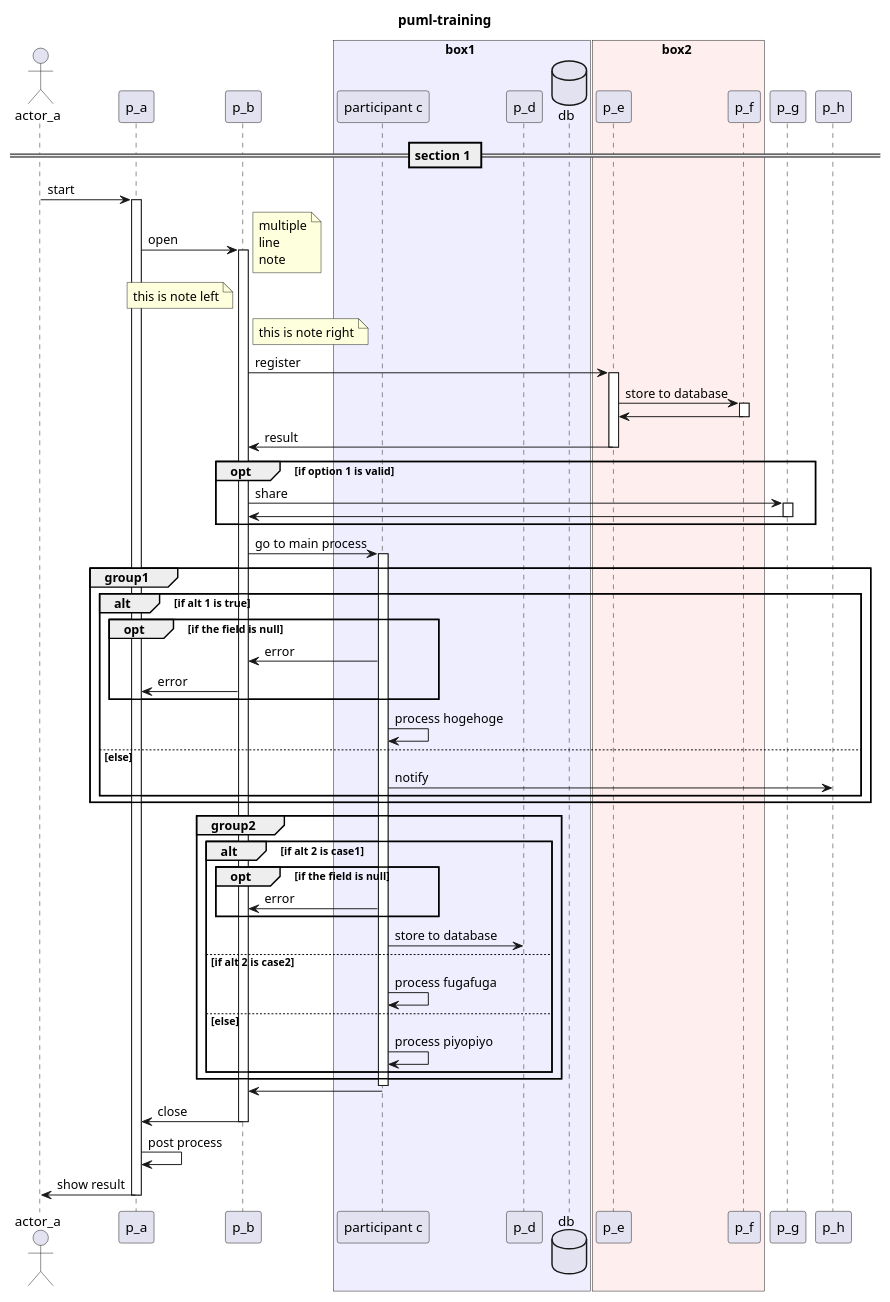
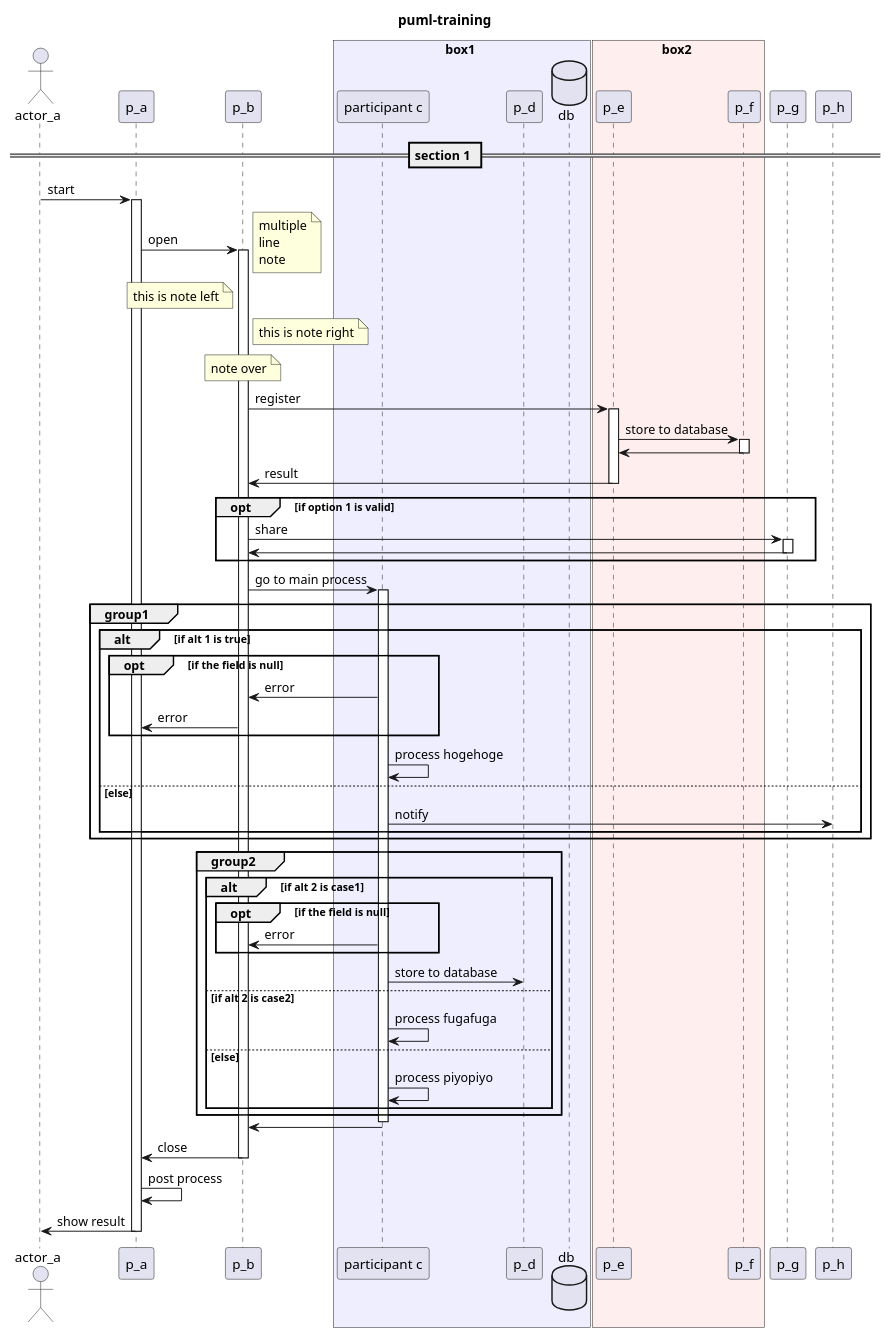
Before and after one commit to yokrh/puml-training: the diagram in sample.puml, drawn with PlantUML.

```diff
--- a/sample.puml
+++ b/sample.puml
@@ -1,85 +1,86 @@
 @startuml uml1
 
 title puml-training
 
 actor actor_a
 participant p_a
 participant p_b
 box box1 #eeeeff
 participant "participant c" as p_c
 participant p_d
 database "db" as db
 endbox
 box box2 #ffeeee
 participant p_e
 participant p_f
 endbox
 participant p_g
 participant p_h
 
 == section 1 ==
 
 actor_a -> p_a : start
 activate p_a
   p_a -> p_b : open
   note right
     multiple
     line
     note
   end note
   note left p_b : this is note left
   note right p_b : this is note right
+  note over p_b : note over
   activate p_b
     p_b -> p_e : register
     activate p_e
       p_e -> p_f : store to database
       activate p_f
         p_f -> p_e
       deactivate p_f
       p_e -> p_b : result
     deactivate p_e
 
     opt if option 1 is valid
       p_b -> p_g : share
       activate p_g
         p_g -> p_b
       deactivate p_g
     end opt
 
     p_b -> p_c : go to main process
 
     activate p_c
       group group1
         alt if alt 1 is true
           opt if the field is null
             p_c -> p_b : error
             p_b -> p_a : error
           end opt
           p_c -> p_c : process hogehoge
         else else
           p_c -> p_h : notify
         end alt
       end group
 
       group group2
         alt if alt 2 is case1
           opt if the field is null
             p_c -> p_b : error
           end opt
           p_c -> p_d : store to database
         else if alt 2 is case2
           p_c -> p_c : process fugafuga
         else else
           p_c -> p_c : process piyopiyo
         end alt
       end group
     deactivate p_c
 
     p_c -> p_b
     p_b -> p_a : close
   deactivate p_b
 p_a -> p_a : post process
 p_a -> actor_a : show result
 deactivate p_a
 
 @enduml
```
